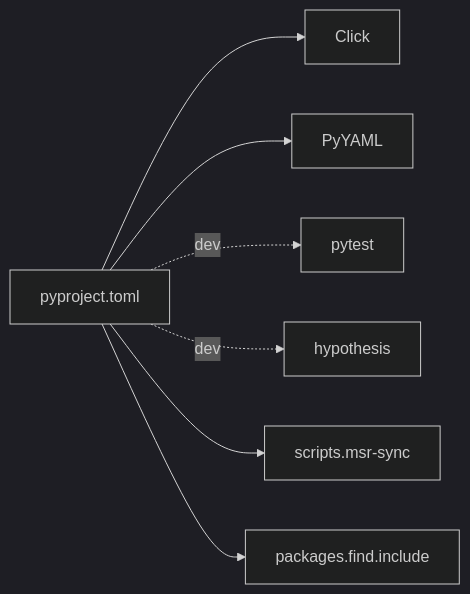
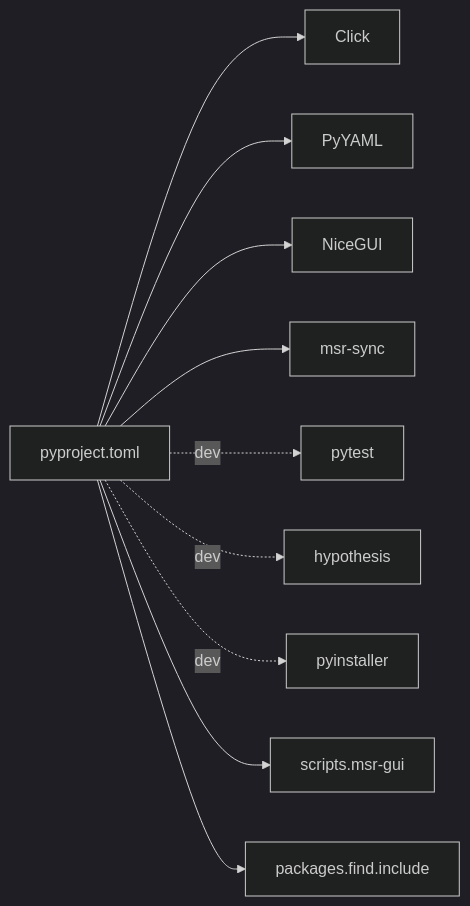
One commit to MapleWan/MSR changed the tenth of 10 diagrams in .qoder/repowiki/zh/content/开发者指南/开发者指南.md. Above: the diagram before and after it, drawn with Mermaid (dark theme). The commit also changed other lines of this file and 13 other files, not shown here.

First line of the commit message:
feat(gui): 集成 MSR GUI 管理界面及服务层封装

````diff
--- a/.qoder/repowiki/zh/content/开发者指南/开发者指南.md
+++ b/.qoder/repowiki/zh/content/开发者指南/开发者指南.md
@@ -296,9 +539,12 @@
 ```mermaid
 graph LR
 P["pyproject.toml"] --> D1["Click"]
 P --> D2["PyYAML"]
+P --> D3["NiceGUI"]
+P --> D4["msr-sync"]
 P -.dev.-> T1["pytest"]
 P -.dev.-> T2["hypothesis"]
-P --> E["scripts.msr-sync"]
+P -.dev.-> T3["pyinstaller"]
+P --> E["scripts.msr-gui"]
 P --> F["packages.find.include"]
 ```
````
